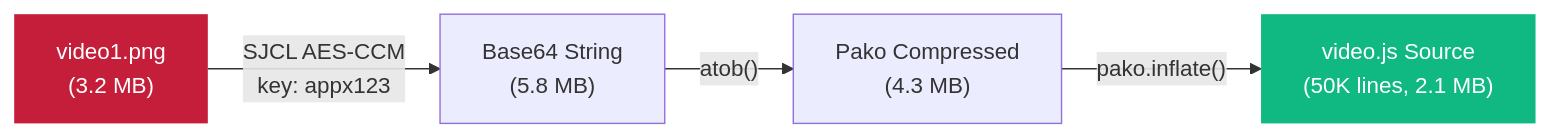
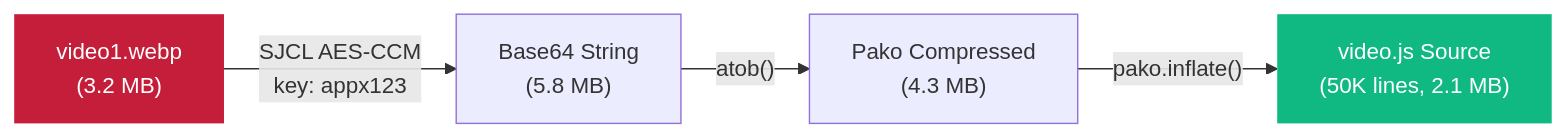
The second of 8 diagrams in data/how-appx-works.md (Amber-bisht/Portfilo-V3), drawn with Mermaid before and after one commit. The commit also changed other lines of this file and 45 other files, not shown here.

````diff
--- a/data/how-appx-works.md
+++ b/data/how-appx-works.md
@@ -122,9 +122,9 @@
 ```mermaid
 flowchart LR
-    A["video1.png<br/>(3.2 MB)"] -->|"SJCL AES-CCM<br/>key: appx123"| B["Base64 String<br/>(5.8 MB)"]
+    A["video1.webp<br/>(3.2 MB)"] -->|"SJCL AES-CCM<br/>key: appx123"| B["Base64 String<br/>(5.8 MB)"]
     B -->|"atob()"| C["Pako Compressed<br/>(4.3 MB)"]
     C -->|"pako.inflate()"| D["video.js Source<br/>(50K lines, 2.1 MB)"]
 
     style A fill:#c41e3a,color:#fff,stroke:none
     style D fill:#10b981,color:#fff,stroke:none
 ```
````
